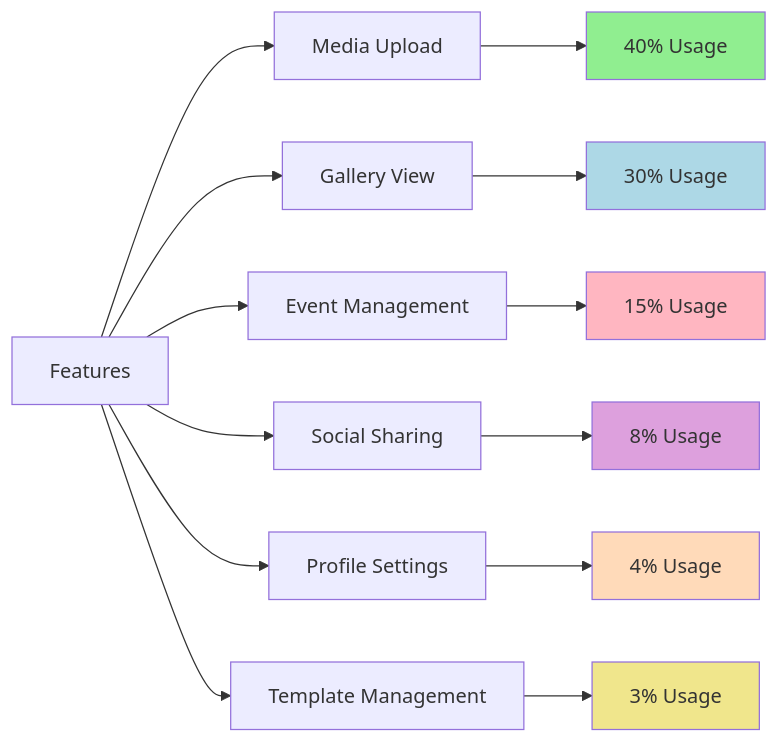
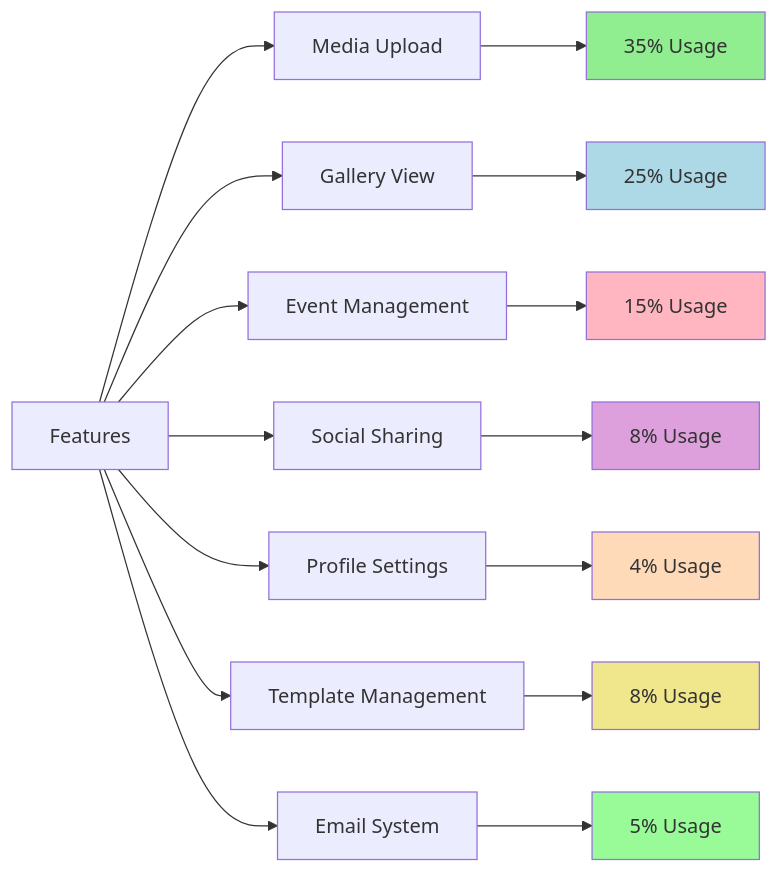
One commit to mrj0nesmtl/cloud-burst changed the fifth of 5 diagrams in docs/user-flows/user_flow_overview.md. Above: the diagram before and after it, drawn with Mermaid. The commit also changed other lines of this file and 85 other files, not shown here.

````diff
--- a/docs/user-flows/user_flow_overview.md
+++ b/docs/user-flows/user_flow_overview.md
@@ -165,23 +181,26 @@
 ```mermaid
 graph LR
     A[Features] --> B[Media Upload]
     A --> C[Gallery View]
     A --> D[Event Management]
     A --> E[Social Sharing]
     A --> F[Profile Settings]
     A --> G[Template Management]
+    A --> H[Email System]
     
-    B --> H[40% Usage]
-    C --> I[30% Usage]
-    D --> J[15% Usage]
-    E --> K[8% Usage]
-    F --> L[4% Usage]
-    G --> M[3% Usage]
+    B --> I[35% Usage]
+    C --> J[25% Usage]
+    D --> K[15% Usage]
+    E --> L[8% Usage]
+    F --> M[4% Usage]
+    G --> N[8% Usage]
+    H --> O[5% Usage]
 
-    style H fill:#90EE90
-    style I fill:#ADD8E6
-    style J fill:#FFB6C1
-    style K fill:#DDA0DD
-    style L fill:#FFDAB9
-    style M fill:#F0E68C
+    style I fill:#90EE90
+    style J fill:#ADD8E6
+    style K fill:#FFB6C1
+    style L fill:#DDA0DD
+    style M fill:#FFDAB9
+    style N fill:#F0E68C
+    style O fill:#98FB98
 ```
````
